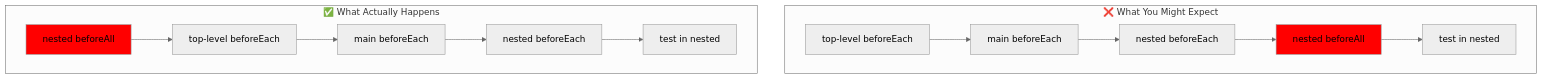
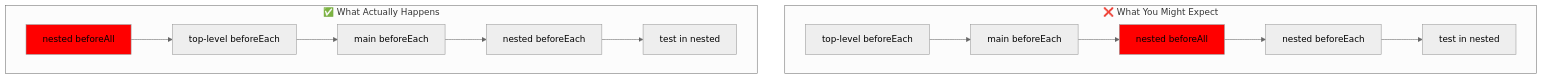
Before and after one commit to kamuiroeru/testing-library-lifecycle-hooks: the third of 4 diagrams in RESULT.md, drawn with Mermaid (neutral theme). The commit also changed other lines of this file, not shown here.

Commit message:
update: add cspell ignore

````diff
--- a/RESULT.md
+++ b/RESULT.md
@@ -157,19 +159,19 @@
 ```mermaid
 graph TD
     subgraph "❌ What You Might Expect"
         A1[top-level beforeEach] --> B1[main beforeEach]
-        B1 --> C1[nested beforeEach]
-        C1 --> D1[nested beforeAll]
+        B1 --> C1[nested beforeAll]
+        C1 --> D1[nested beforeEach]
         D1 --> E1[test in nested]
     end
 
     subgraph "✅ What Actually Happens"
         A2[nested beforeAll] --> B2[top-level beforeEach]
         B2 --> C2[main beforeEach]
         C2 --> D2[nested beforeEach]
         D2 --> E2[test in nested]
     end
 
-    style D1 fill:red
+    style C1 fill:red
     style A2 fill:red
 ```
````
